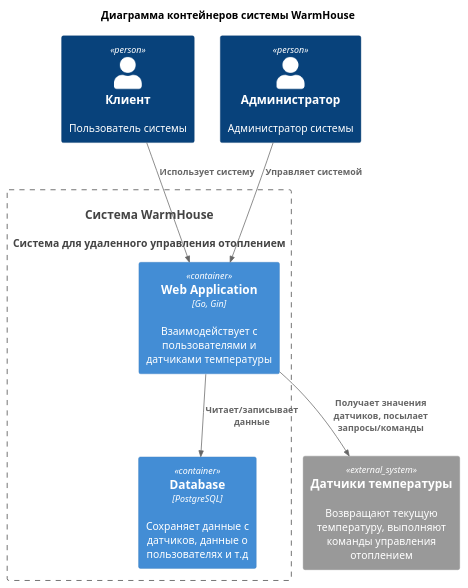
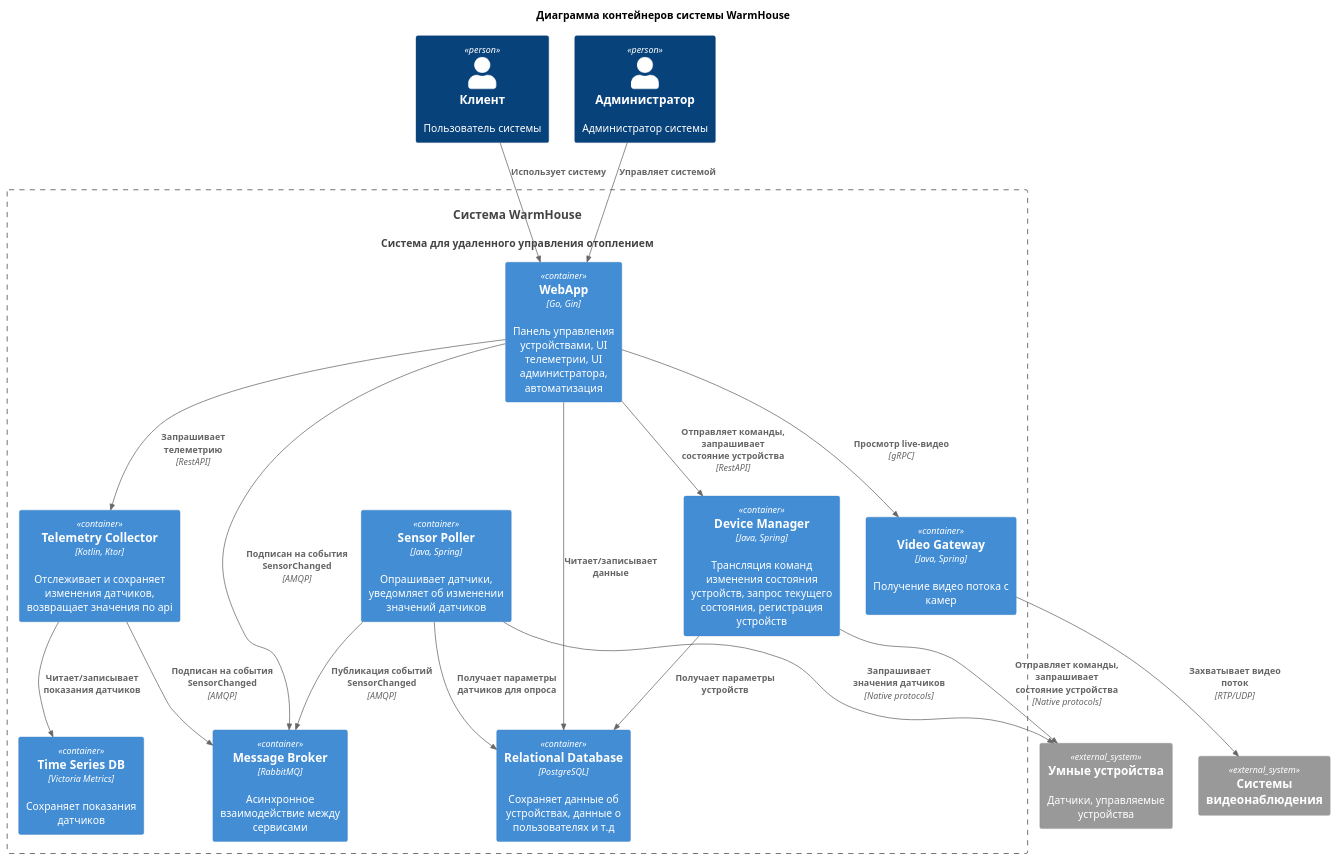
One commit to alents/architecture-pro-warmhouse changed the diagram in diagrams/container/WarmHouse_Container.puml. Above: the diagram before and after it, drawn with PlantUML. The commit also changed 53 other files, not shown here.

```diff
--- a/diagrams/container/WarmHouse_Container.puml
+++ b/diagrams/container/WarmHouse_Container.puml
@@ -1,26 +1,42 @@
 @startuml
 title Диаграмма контейнеров системы WarmHouse
 
 top to bottom direction
 
 !includeurl https://raw.githubusercontent.com/RicardoNiepel/C4-PlantUML/master/C4_Component.puml
 
 Person(user, "Клиент", "Пользователь системы")
 Person(admin, "Администратор", "Администратор системы")
 System(WarmHouseSystem, "Система WarmHouse", "Система для удаленного управления отоплением")
 
 System_Boundary(WarmHouseSystem, "WarmHouse System") {
-  Container(WebApp, "Web Application", "Go, Gin", "Взаимодействует с пользователями и датчиками температуры")
-  Container(Database, "Database", "PostgreSQL", "Сохраняет данные с датчиков, данные о пользователях и т.д")
+  Container(WebApp, "WebApp", "Go, Gin", "Панель управления устройствами, UI телеметрии, UI администратора, автоматизация")
+  Container(TelemetryCapture, "Sensor Poller", "Java, Spring", "Опрашивает датчики, уведомляет об изменении значений датчиков")
+  Container(TelemetryCollector, "Telemetry Collector", "Kotlin, Ktor", "Отслеживает и сохраняет изменения датчиков, возвращает значения по api")
+  Container(DeviceManager, "Device Manager", "Java, Spring", "Трансляция команд изменения состояния устройств, запрос текущего состояния, регистрация устройств")
+  Container(broker, "Message Broker", "RabbitMQ", "Асинхронное взаимодействие между сервисами")
+  Container(Database, "Relational Database", "PostgreSQL", "Сохраняет данные об устройствах, данные о пользователях и т.д")
+  Container(TimeSeriesDВ, "Time Series DB", "Victoria Metrics", "Сохраняет показания датчиков")
+  Container(VideoGateway, "Video Gateway", "Java, Spring", "Получение видео потока с камер")
 }
 
-System_Ext(HeatingSystems, "Датчики температуры", "Возвращают текущую температуру, выполняют команды управления отоплением")
+System_Ext(SmartDevices, "Умные устройства", "Датчики, управляемые устройства")
+System_Ext(Cams, "Системы видеонаблюдения")
 
 Rel(user, WebApp, "Использует систему")
 Rel(admin, WebApp,"Управляет системой")
-Rel(WebApp,Database, "Читает/записывает данные")
-Rel(WebApp,HeatingSystems,"Получает значения датчиков, посылает запросы/команды")
-
-
+Rel(WebApp, Database, "Читает/записывает данные")
+Rel(TelemetryCapture, SmartDevices, "Запрашивает значения датчиков", "Native protocols")
+Rel(TelemetryCapture, broker, "Публикация событий SensorChanged", "AMQP")
+Rel(TelemetryCollector, broker, "Подписан на события SensorChanged", "AMQP")
+Rel(WebApp, TelemetryCollector, "Запрашивает телеметрию", "RestAPI")
+Rel(WebApp, DeviceManager, "Отправляет команды, запрашивает состояние устройства", "RestAPI")
+Rel(DeviceManager, SmartDevices, "Отправляет команды, запрашивает состояние устройства", "Native protocols")
+Rel(TelemetryCollector, TimeSeriesDВ, "Читает/записывает показания датчиков")
+Rel(TelemetryCapture, Database, "Получает параметры датчиков для опроса")
+Rel(DeviceManager, Database, "Получает параметры устройств")
+Rel(VideoGateway, Cams, "Захватывает видео поток", "RTP/UDP")
+Rel(WebApp, VideoGateway, "Просмотр live-видео", "gRPC")
+Rel(WebApp, broker, "Подписан на события SensorChanged", "AMQP")
 
 @enduml
```
